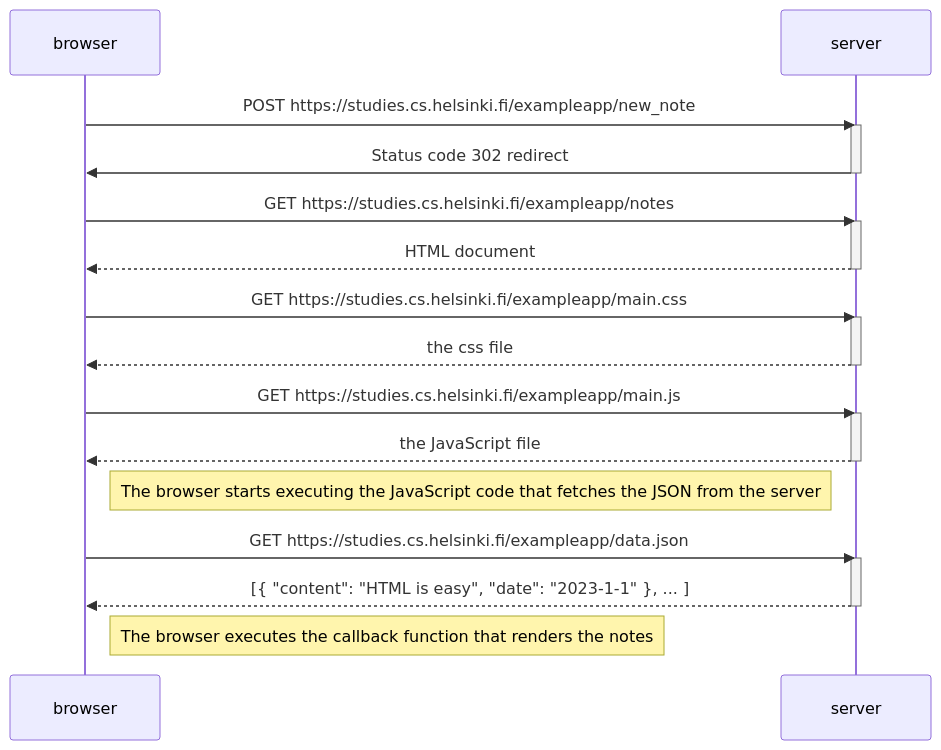
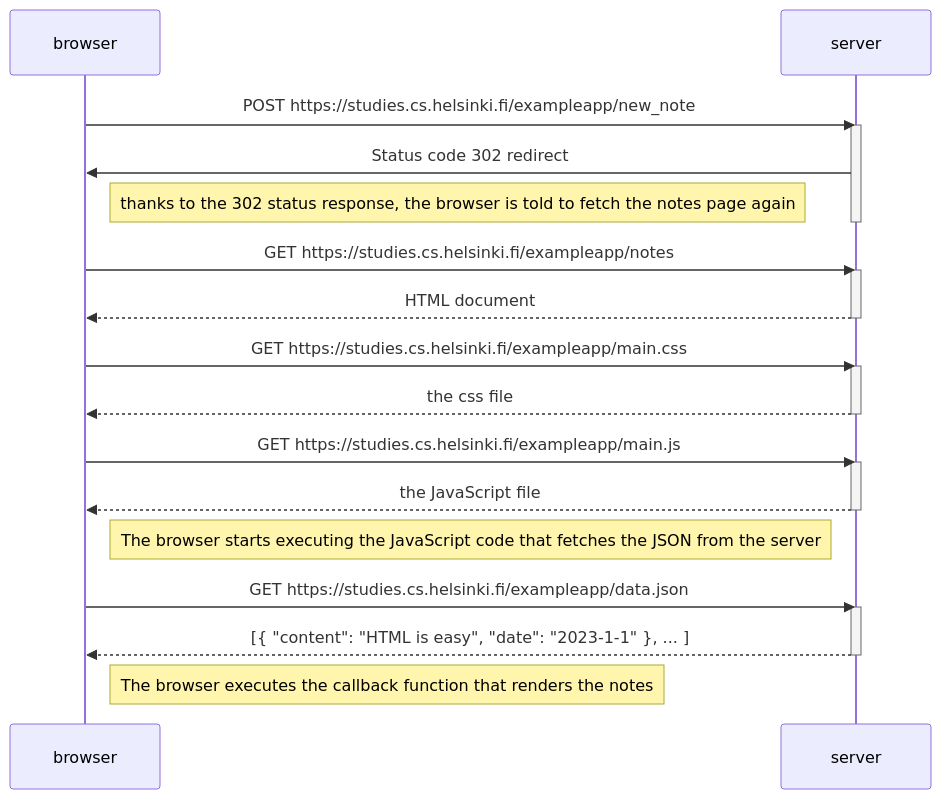
The diagram in exercise4.md (damicore/openfullstack-part0), drawn with Mermaid before and after one commit.

Commit message:
full chart ex 4

````diff
--- a/exercise4.md
+++ b/exercise4.md
@@ -1,35 +1,36 @@
 ```mermaid
 sequenceDiagram
     participant browser
     participant server
     
     browser->>server: POST https://studies.cs.helsinki.fi/exampleapp/new_note
     activate server
     server->>browser: Status code 302 redirect
+    Note right of browser: thanks to the 302 status response, the browser is told to fetch the notes page again
     deactivate server
 
      browser->>server: GET https://studies.cs.helsinki.fi/exampleapp/notes
     activate server
     server-->>browser: HTML document
     deactivate server
 
     browser->>server: GET https://studies.cs.helsinki.fi/exampleapp/main.css
     activate server
     server-->>browser: the css file
     deactivate server
 
     browser->>server: GET https://studies.cs.helsinki.fi/exampleapp/main.js
     activate server
     server-->>browser: the JavaScript file
     deactivate server
 
     Note right of browser: The browser starts executing the JavaScript code that fetches the JSON from the server
 
     browser->>server: GET https://studies.cs.helsinki.fi/exampleapp/data.json
     activate server
     server-->>browser: [{ "content": "HTML is easy", "date": "2023-1-1" }, ... ]
     deactivate server
 
     Note right of browser: The browser executes the callback function that renders the notes
 
 ```
````
